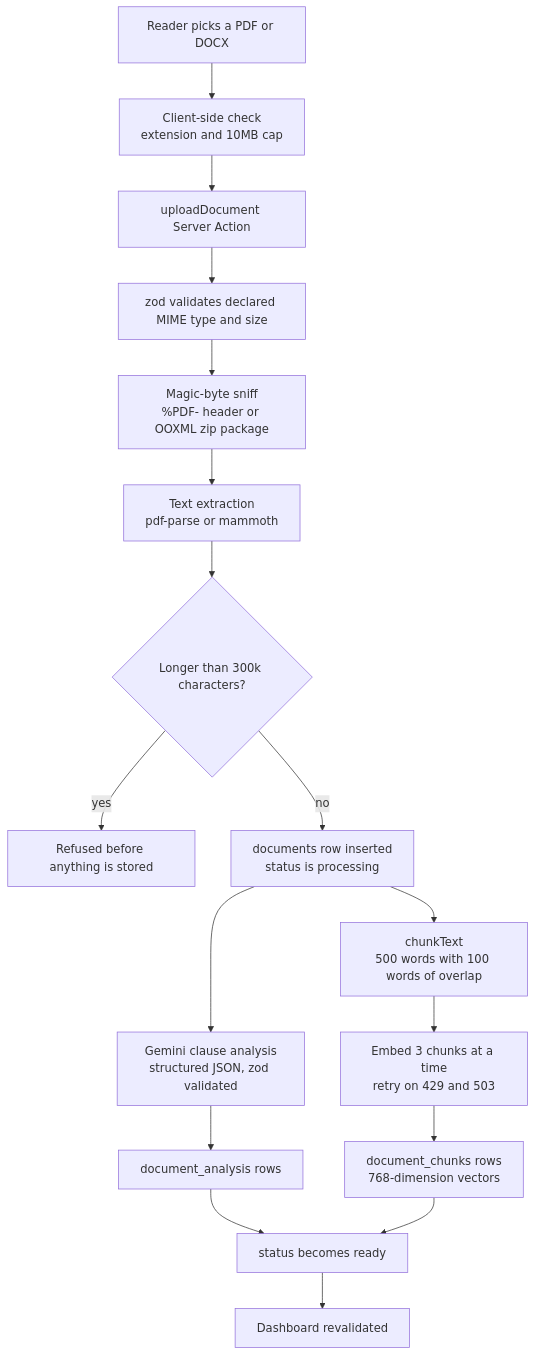
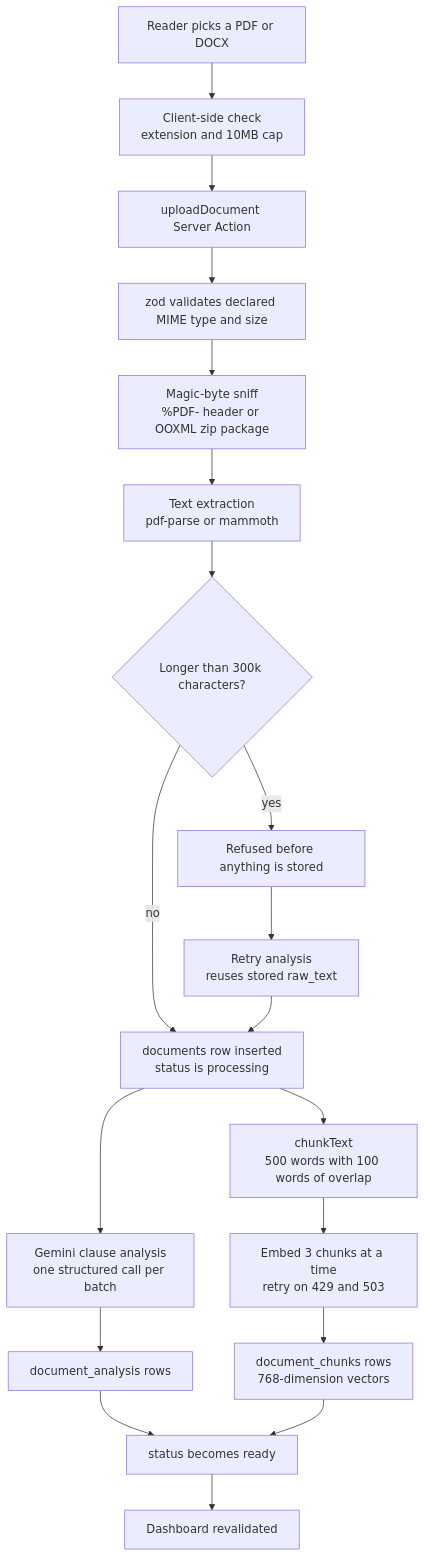
Before and after one commit to SabarishR08/lexclear: the second of 7 diagrams in README.md, drawn with Mermaid. The commit also changed other lines of this file and 18 other files, not shown here.

````diff
--- a/README.md
+++ b/README.md
@@ -122,19 +122,21 @@
 ```mermaid
 flowchart TD
   A["Reader picks a PDF or DOCX"] --> B["Client-side check<br/>extension and 10MB cap"]
   B --> C["uploadDocument Server Action"]
   C --> D["zod validates declared MIME type and size"]
   D --> E["Magic-byte sniff<br/>%PDF- header or OOXML zip package"]
   E --> F["Text extraction<br/>pdf-parse or mammoth"]
   F --> G{"Longer than 300k characters?"}
   G -->|"yes"| H["Refused before anything is stored"]
   G -->|"no"| I["documents row inserted<br/>status is processing"]
-  I --> J["Gemini clause analysis<br/>structured JSON, zod validated"]
+  I --> J["Gemini clause analysis<br/>one structured call per batch"]
   I --> K["chunkText<br/>500 words with 100 words of overlap"]
   K --> L["Embed 3 chunks at a time<br/>retry on 429 and 503"]
   J --> M["document_analysis rows"]
   L --> N["document_chunks rows<br/>768-dimension vectors"]
   M --> O["status becomes ready"]
   N --> O
   O --> P["Dashboard revalidated"]
+  H --> Q["Retry analysis<br/>reuses stored raw_text"]
+  Q --> I
 ```
````
